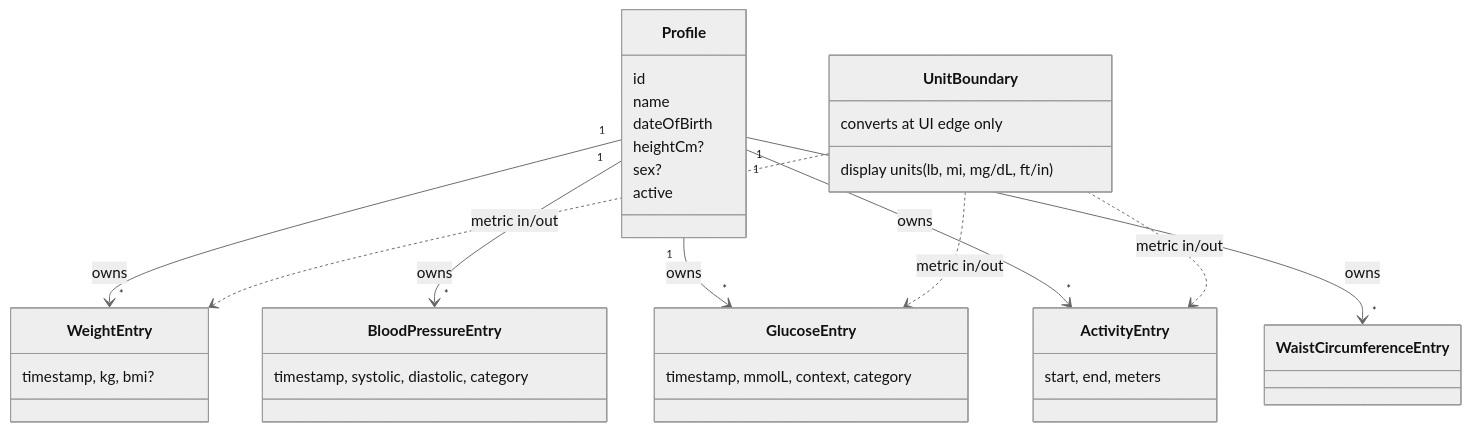
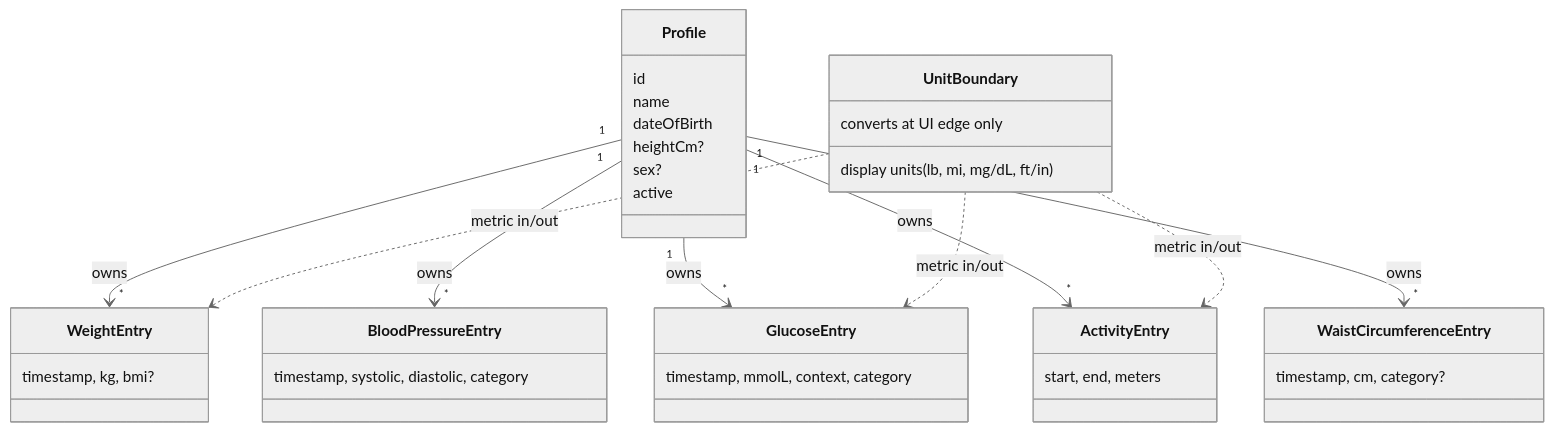
The diagram in openspec/specs/README.md (mannetje/health_journal), drawn with Mermaid (neutral theme) before and after one commit. The commit also changed other lines of this file and 41 other files, not shown here.

Commit message:
docs: bring specs, diagrams and docs in step with the code; archive add-fluid-intake (#40)

````diff
--- a/openspec/specs/README.md
+++ b/openspec/specs/README.md
@@ -73,27 +80,28 @@
 ```mermaid
 classDiagram
     class Profile {
         id
         name
         dateOfBirth
         heightCm?
         sex?
         active
     }
     class WeightEntry { timestamp, kg, bmi? }
     class BloodPressureEntry { timestamp, systolic, diastolic, category }
     class GlucoseEntry { timestamp, mmolL, context, category }
     class ActivityEntry { start, end, meters }
+    class WaistCircumferenceEntry { timestamp, cm, category? }
     Profile "1" --> "*" WeightEntry : owns
     Profile "1" --> "*" BloodPressureEntry : owns
     Profile "1" --> "*" GlucoseEntry : owns
     Profile "1" --> "*" ActivityEntry : owns
     Profile "1" --> "*" WaistCircumferenceEntry : owns
     class UnitBoundary {
         display units (lb, mi, mg/dL, ft/in)
         converts at UI edge only
     }
     UnitBoundary ..> WeightEntry : metric in/out
     UnitBoundary ..> GlucoseEntry : metric in/out
     UnitBoundary ..> ActivityEntry : metric in/out
 ```
````
